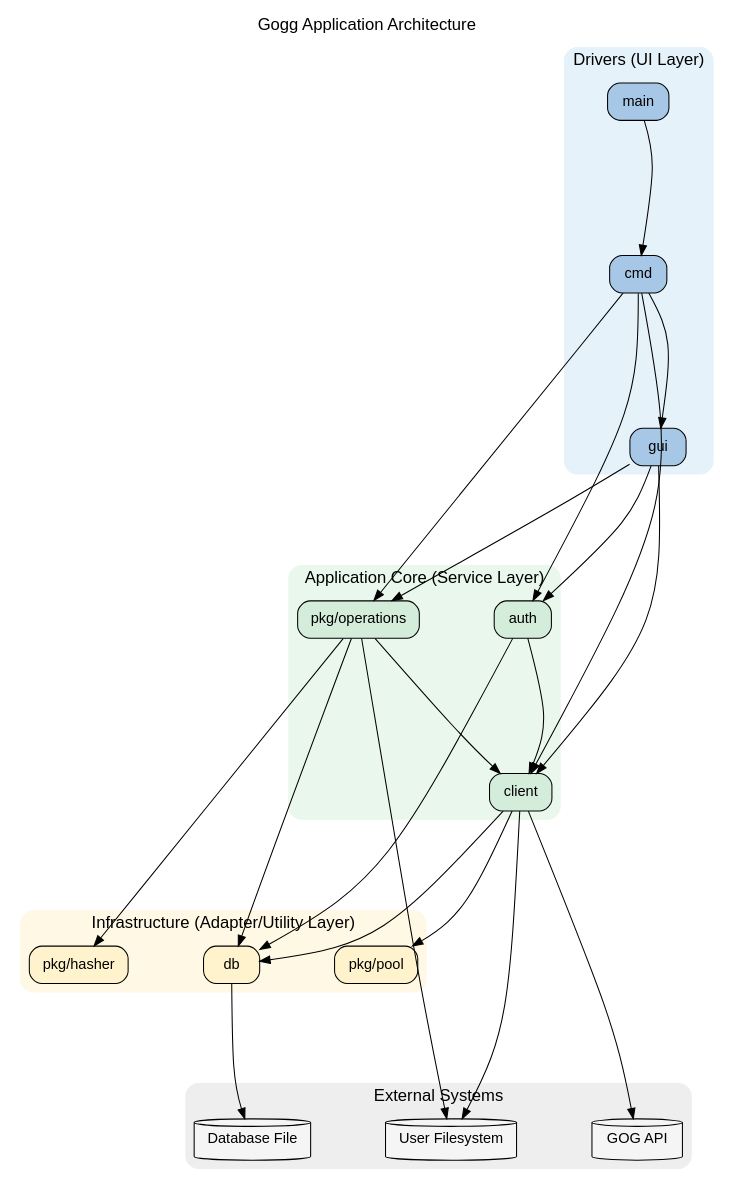
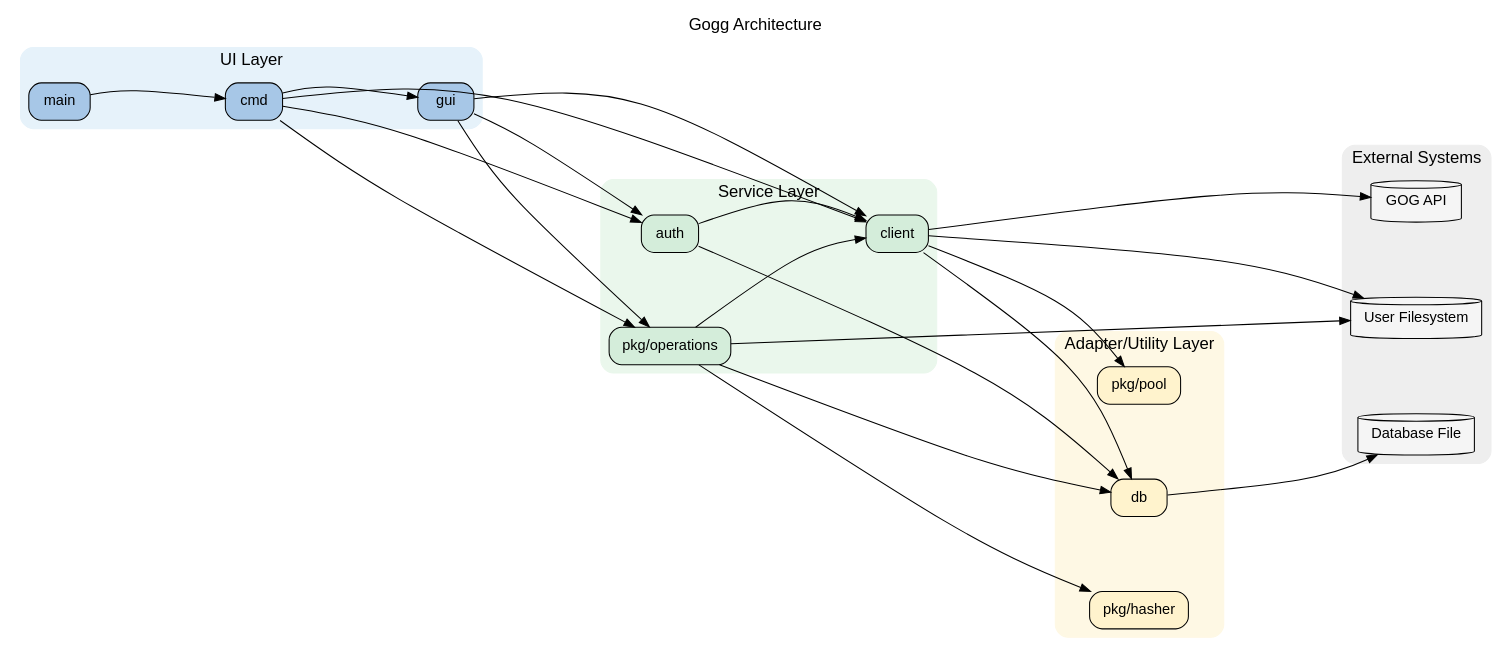
The diagram in docs/figures/package_dependency_graph.dot (habedi/gogg), drawn with Graphviz before and after one commit. The commit also changed 4 other files, not shown here.

```diff
--- a/docs/figures/package_dependency_graph.dot
+++ b/docs/figures/package_dependency_graph.dot
@@ -1,62 +1,62 @@
 digraph package_dependency_graph {
     // Global layout settings for a less packed appearance
-    rankdir = TD;
+    rankdir = LR; // Left to Right layout
 splines = curved;
 ranksep = 1.8;    // Increased distance between columns
     nodesep = 1.0;    // Increased distance between nodes
     compound = true;  // Improves layout with clusters
 
-graph [label="Gogg Application Architecture", labelloc=t, fontsize=16, fontname="Arial"];
+graph [label="Gogg Architecture", labelloc=t, fontsize=16, fontname="Arial"];
 node [shape=box, style="rounded,filled", fontname="Arial", margin="0.2,0.1"];
 
 subgraph cluster_drivers {
-label = "Drivers (UI Layer)";
+label = "UI Layer";
 style = "rounded,filled";
 color = "#e6f2fa";
 main [label = "main", fillcolor="#a7c7e7"];
 cmd [label = "cmd", fillcolor="#a7c7e7"];
 gui [label = "gui", fillcolor="#a7c7e7"];
 }
 
 subgraph cluster_core {
-label = "Application Core (Service Layer)";
+label = "Service Layer";
 style = "rounded,filled";
 color = "#eaf7ec";
 auth [label = "auth", fillcolor="#d4edda"];
 client [label = "client", fillcolor="#d4edda"];
 pkg_operations [label = "pkg/operations", fillcolor="#d4edda"];
 }
 
 subgraph cluster_infra {
-label = "Infrastructure (Adapter/Utility Layer)";
+label = "Adapter/Utility Layer";
 style = "rounded,filled";
 color = "#fef8e4";
 db [label = "db", fillcolor="#fff3cd"];
 pkg_hasher [label = "pkg/hasher", fillcolor="#fff3cd"];
 pkg_pool [label = "pkg/pool", fillcolor="#fff3cd"];
 }
 
 subgraph cluster_external {
 label = "External Systems";
 style = "rounded,filled";
 color = "#eeeeee";
 gog_api [label = "GOG API", shape = cylinder, fillcolor = whitesmoke];
 db_file [label = "Database File", shape = cylinder, fillcolor = whitesmoke];
 user_fs [label = "User Filesystem", shape = cylinder, fillcolor = whitesmoke];
 }
 
 // -- Dependencies --
 
 // Drivers initiate actions
     main -> cmd;
 cmd -> {gui; pkg_operations; client; auth};
 gui -> {pkg_operations; client; auth};
 
 // Core orchestrates logic
     pkg_operations -> {client; db; pkg_hasher; user_fs};
 client -> {db; pkg_pool; gog_api; user_fs};
 auth -> {client; db};
 
 // Infrastructure provides low-level services
     db -> db_file;
 }
```
